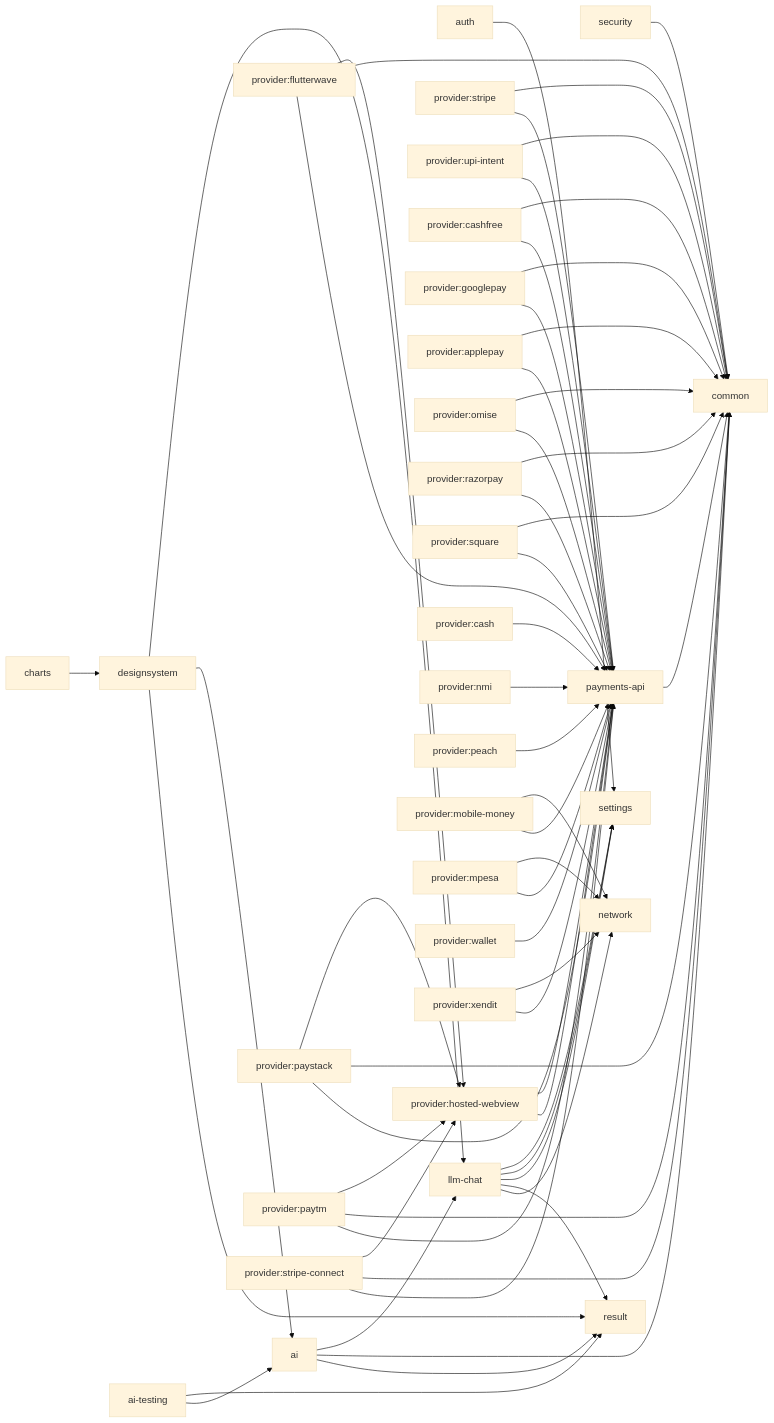
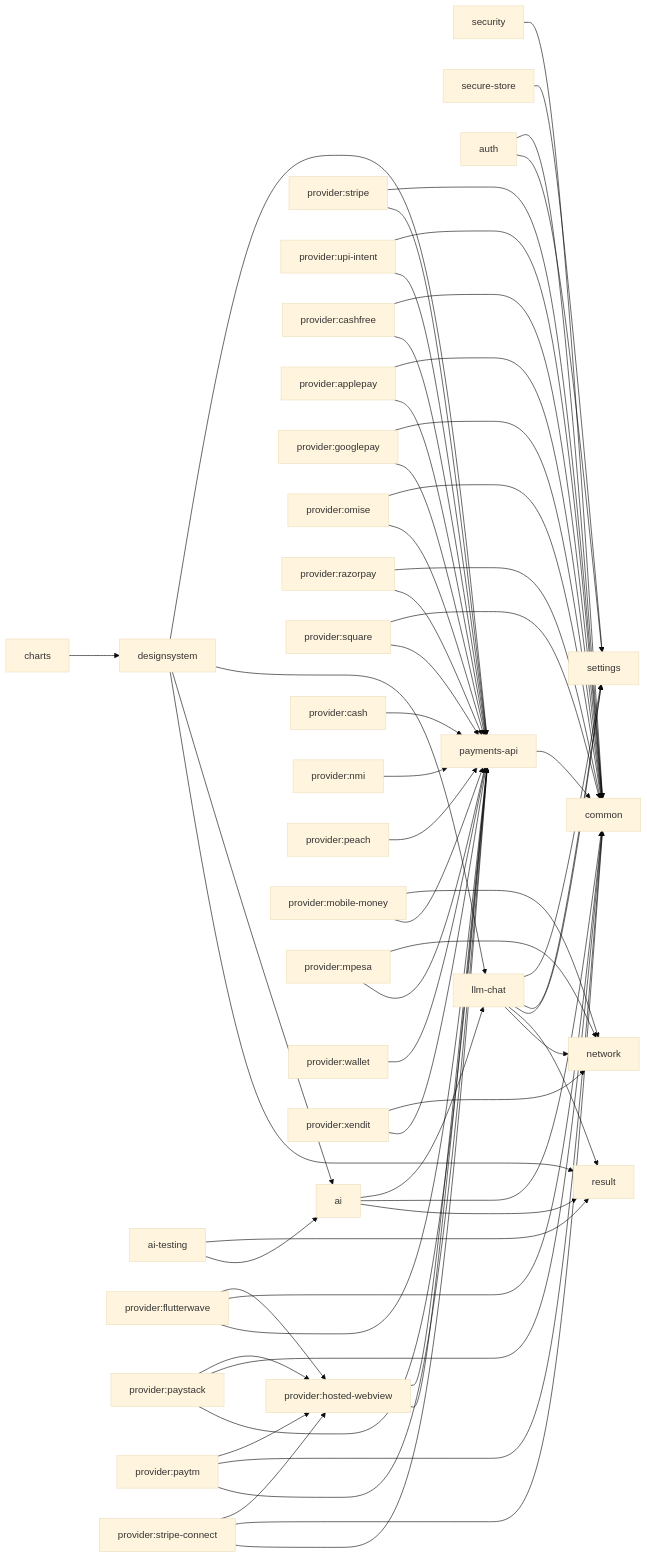
One commit to darkpandawarrior/kmp-toolkit changed the first of 3 diagrams in README.md. Above: the diagram before and after it, drawn with Mermaid (base theme). The commit also changed other lines of this file and 1 other file, not shown here.

Commit message:
docs: derive README module counts from settings.gradle.kts

````diff
--- a/README.md
+++ b/README.md
@@ -179,60 +178,63 @@
 ```mermaid
 graph LR
   security["security"] --> common["common"]
+  secure_store["secure-store"] --> settings["settings"]
   auth["auth"] --> settings["settings"]
+  auth["auth"] --> common["common"]
   designsystem["designsystem"] --> result["result"]
   designsystem["designsystem"] --> ai["ai"]
   designsystem["designsystem"] --> llm_chat["llm-chat"]
+  designsystem["designsystem"] --> payments_api["payments-api"]
   ai["ai"] --> result["result"]
   ai["ai"] --> common["common"]
   ai["ai"] --> llm_chat["llm-chat"]
   ai_testing["ai-testing"] --> ai["ai"]
   ai_testing["ai-testing"] --> result["result"]
   llm_chat["llm-chat"] --> network["network"]
   llm_chat["llm-chat"] --> result["result"]
   llm_chat["llm-chat"] --> settings["settings"]
   llm_chat["llm-chat"] --> settings["settings"]
   llm_chat["llm-chat"] --> settings["settings"]
   payments_api["payments-api"] --> common["common"]
   charts["charts"] --> designsystem["designsystem"]
   provider_stripe["provider:stripe"] --> payments_api["payments-api"]
   provider_stripe["provider:stripe"] --> common["common"]
   provider_upi_intent["provider:upi-intent"] --> payments_api["payments-api"]
   provider_upi_intent["provider:upi-intent"] --> common["common"]
   provider_cashfree["provider:cashfree"] --> payments_api["payments-api"]
   provider_cashfree["provider:cashfree"] --> common["common"]
+  provider_applepay["provider:applepay"] --> payments_api["payments-api"]
+  provider_applepay["provider:applepay"] --> common["common"]
   provider_googlepay["provider:googlepay"] --> payments_api["payments-api"]
   provider_googlepay["provider:googlepay"] --> common["common"]
-  provider_applepay["provider:applepay"] --> payments_api["payments-api"]
-  provider_applepay["provider:applepay"] --> common["common"]
   provider_omise["provider:omise"] --> payments_api["payments-api"]
   provider_omise["provider:omise"] --> common["common"]
   provider_razorpay["provider:razorpay"] --> payments_api["payments-api"]
   provider_razorpay["provider:razorpay"] --> common["common"]
   provider_square["provider:square"] --> payments_api["payments-api"]
   provider_square["provider:square"] --> common["common"]
   provider_hosted_webview["provider:hosted-webview"] --> payments_api["payments-api"]
   provider_hosted_webview["provider:hosted-webview"] --> payments_api["payments-api"]
   provider_flutterwave["provider:flutterwave"] --> payments_api["payments-api"]
   provider_flutterwave["provider:flutterwave"] --> common["common"]
   provider_flutterwave["provider:flutterwave"] --> provider_hosted_webview["provider:hosted-webview"]
   provider_paystack["provider:paystack"] --> payments_api["payments-api"]
   provider_paystack["provider:paystack"] --> common["common"]
   provider_paystack["provider:paystack"] --> provider_hosted_webview["provider:hosted-webview"]
   provider_paytm["provider:paytm"] --> payments_api["payments-api"]
   provider_paytm["provider:paytm"] --> common["common"]
   provider_paytm["provider:paytm"] --> provider_hosted_webview["provider:hosted-webview"]
   provider_stripe_connect["provider:stripe-connect"] --> payments_api["payments-api"]
   provider_stripe_connect["provider:stripe-connect"] --> common["common"]
   provider_stripe_connect["provider:stripe-connect"] --> provider_hosted_webview["provider:hosted-webview"]
   provider_cash["provider:cash"] --> payments_api["payments-api"]
   provider_nmi["provider:nmi"] --> payments_api["payments-api"]
   provider_peach["provider:peach"] --> payments_api["payments-api"]
   provider_mobile_money["provider:mobile-money"] --> payments_api["payments-api"]
   provider_mobile_money["provider:mobile-money"] --> network["network"]
   provider_mpesa["provider:mpesa"] --> payments_api["payments-api"]
   provider_mpesa["provider:mpesa"] --> network["network"]
   provider_wallet["provider:wallet"] --> payments_api["payments-api"]
   provider_xendit["provider:xendit"] --> payments_api["payments-api"]
   provider_xendit["provider:xendit"] --> network["network"]
 ```
````
